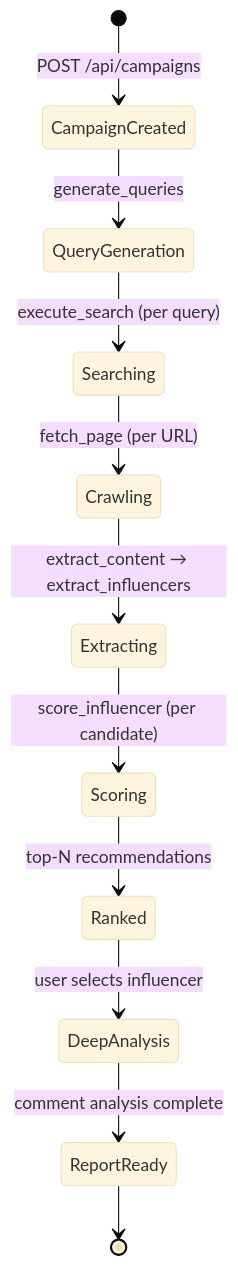
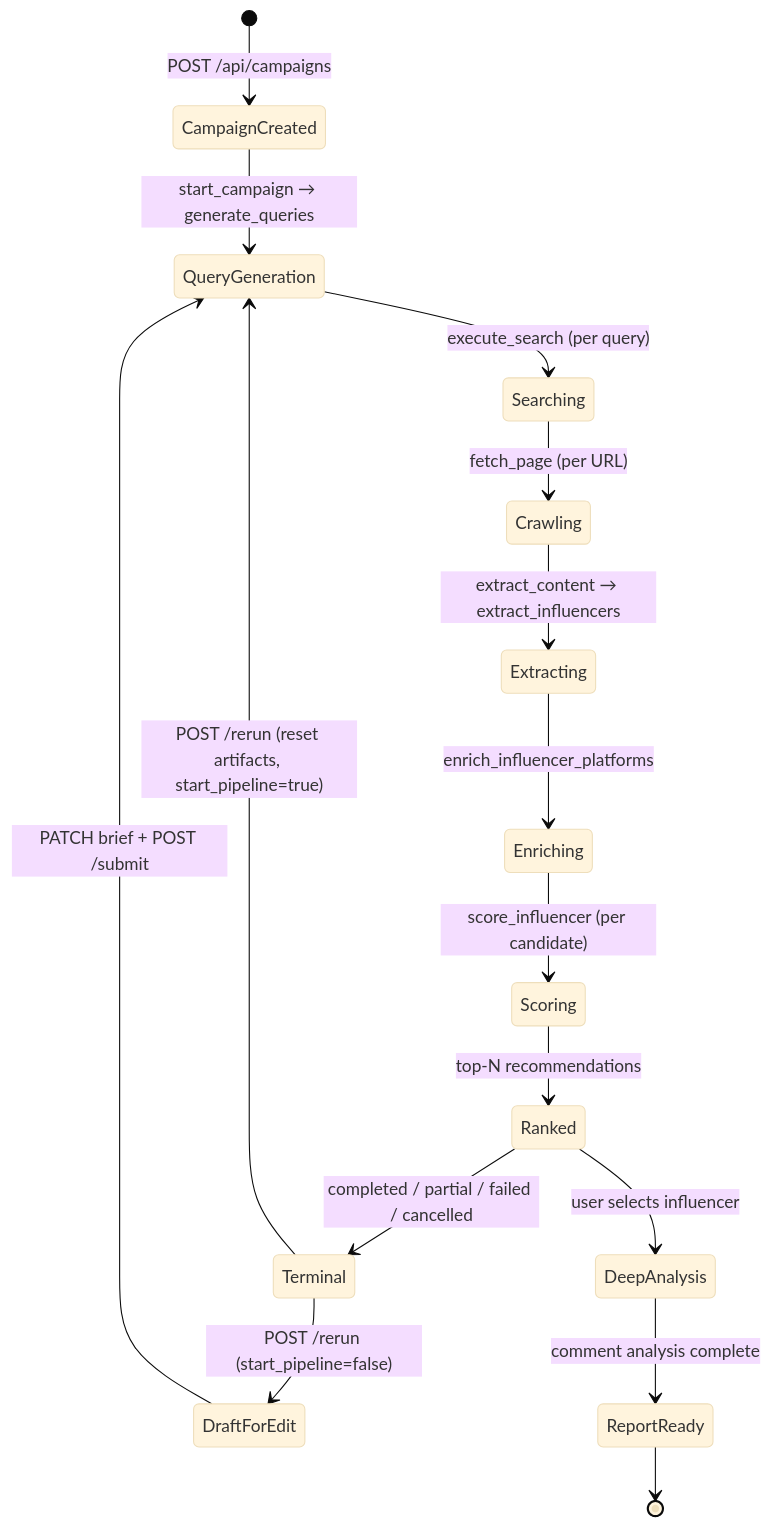
One commit to md-tonmoy007/InfluenceIQ changed the ninth of 11 diagrams in docs/pipeline-flow-architecture.md. Above: the diagram before and after it, drawn with Mermaid (base theme). The commit also changed other lines of this file and 1 other file, not shown here.

First line of the commit message:
Enhance documentation for campaign rerun functionality

````diff
--- a/docs/pipeline-flow-architecture.md
+++ b/docs/pipeline-flow-architecture.md
@@ -272,13 +297,20 @@
 ```mermaid
 stateDiagram-v2
     [*] --> CampaignCreated: POST /api/campaigns
-    CampaignCreated --> QueryGeneration: generate_queries
+    CampaignCreated --> QueryGeneration: start_campaign → generate_queries
     QueryGeneration --> Searching: execute_search (per query)
     Searching --> Crawling: fetch_page (per URL)
     Crawling --> Extracting: extract_content → extract_influencers
-    Extracting --> Scoring: score_influencer (per candidate)
+    Extracting --> Enriching: enrich_influencer_platforms
+    Enriching --> Scoring: score_influencer (per candidate)
     Scoring --> Ranked: top-N recommendations
+    Ranked --> Terminal: completed / partial / failed / cancelled
+
+    Terminal --> QueryGeneration: POST /rerun (reset artifacts, start_pipeline=true)
+    Terminal --> DraftForEdit: POST /rerun (start_pipeline=false)
+    DraftForEdit --> QueryGeneration: PATCH brief + POST /submit
+
     Ranked --> DeepAnalysis: user selects influencer
     DeepAnalysis --> ReportReady: comment analysis complete
     ReportReady --> [*]
 ```
````
